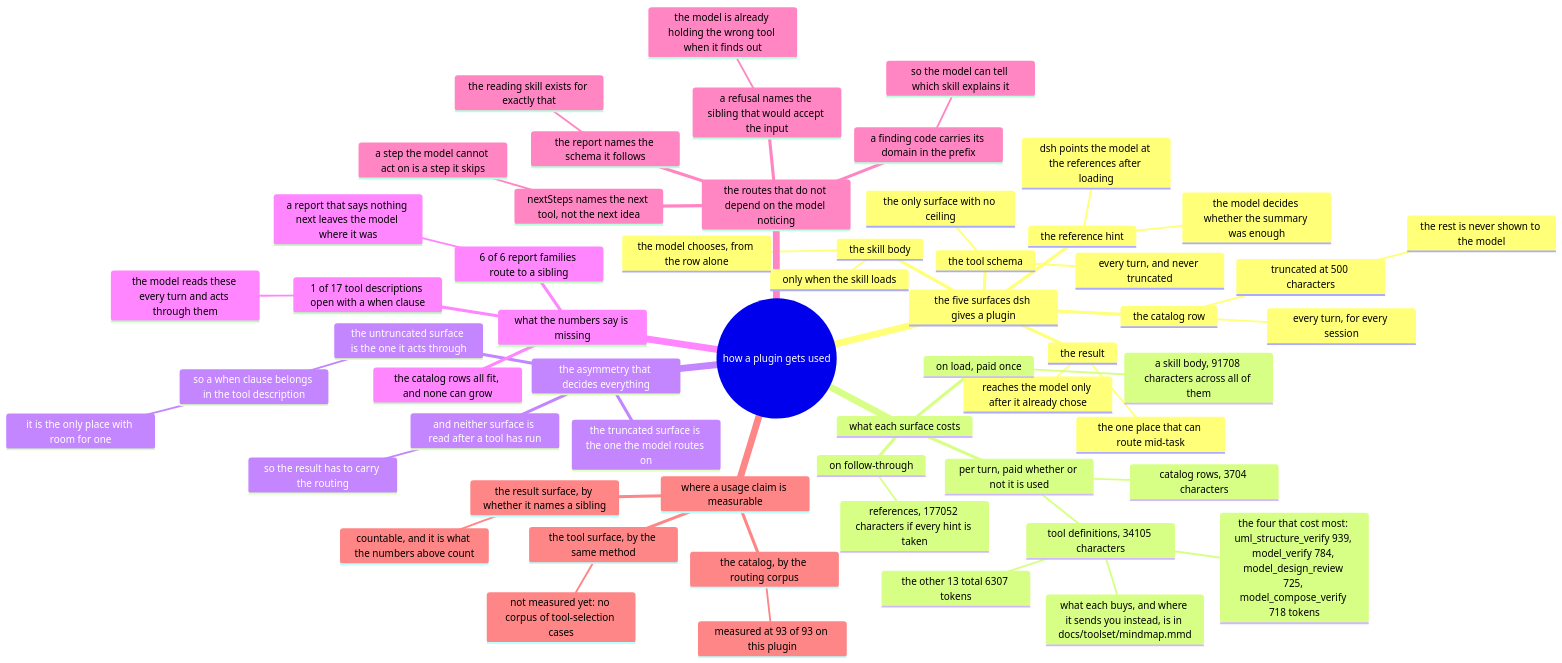
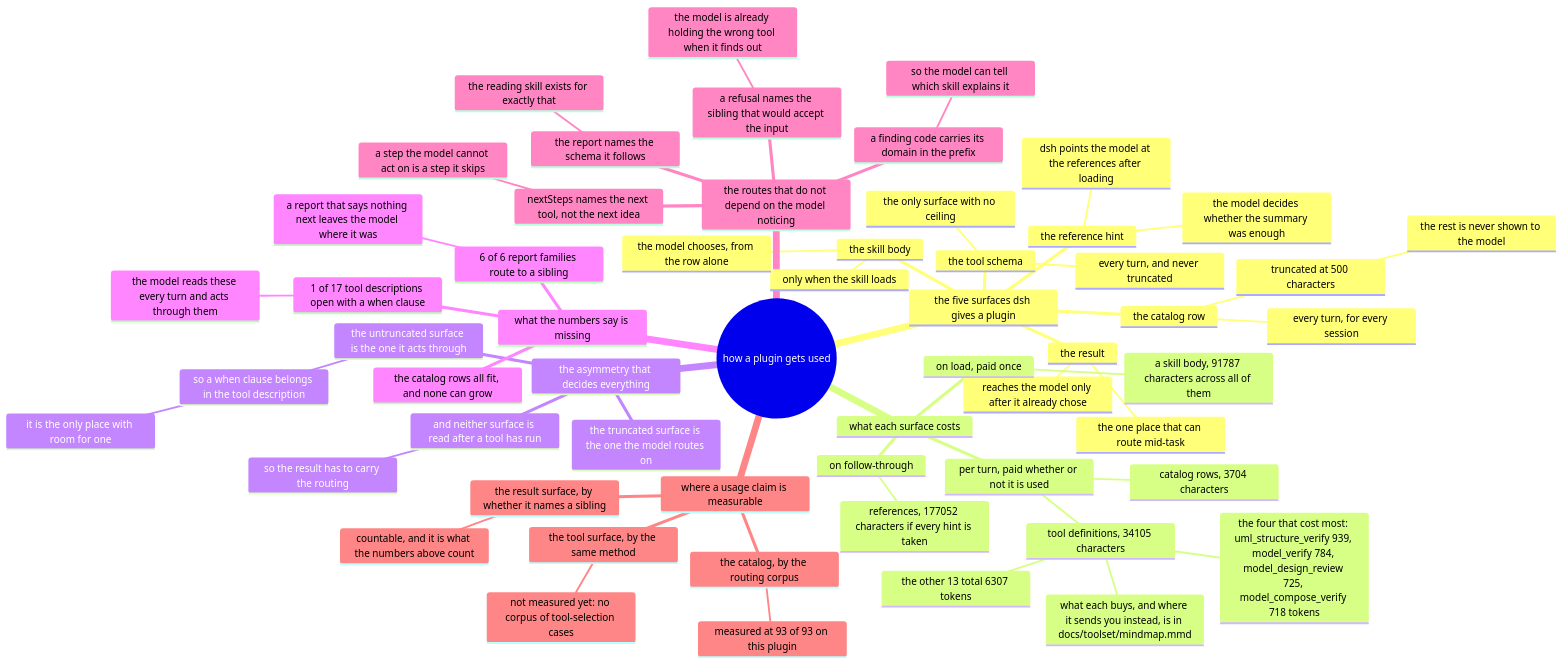
The diagram in docs/usage/mindmap.mmd (AmethystLuna/dsh-model-everything), drawn with Mermaid before and after one commit. The commit also changed 17 other files, not shown here.

```diff
--- a/docs/usage/mindmap.mmd
+++ b/docs/usage/mindmap.mmd
@@ -1,59 +1,59 @@
 mindmap
 root((how a plugin gets used))
   the five surfaces dsh gives a plugin
     the catalog row
       every turn, for every session
       truncated at 500 characters
         the rest is never shown to the model
     the skill body
       only when the skill loads
       the model chooses, from the row alone
     the reference hint
       dsh points the model at the references after loading
       the model decides whether the summary was enough
     the tool schema
       every turn, and never truncated
       the only surface with no ceiling
     the result
       reaches the model only after it already chose
       the one place that can route mid-task
   what each surface costs
     per turn, paid whether or not it is used
       catalog rows, 3704 characters
       tool definitions, 34105 characters
         the four that cost most: uml_structure_verify 939, model_verify 784, model_design_review 725, model_compose_verify 718 tokens
         the other 13 total 6307 tokens
         what each buys, and where it sends you instead, is in docs/toolset/mindmap.mmd
     on load, paid once
-      a skill body, 91708 characters across all of them
+      a skill body, 91787 characters across all of them
     on follow-through
       references, 177052 characters if every hint is taken
   the asymmetry that decides everything
     the truncated surface is the one the model routes on
     the untruncated surface is the one it acts through
       so a when clause belongs in the tool description
         it is the only place with room for one
     and neither surface is read after a tool has run
       so the result has to carry the routing
   what the numbers say is missing
     1 of 17 tool descriptions open with a when clause
       the model reads these every turn and acts through them
     6 of 6 report families route to a sibling
       a report that says nothing next leaves the model where it was
     the catalog rows all fit, and none can grow
   the routes that do not depend on the model noticing
     a refusal names the sibling that would accept the input
       the model is already holding the wrong tool when it finds out
     nextSteps names the next tool, not the next idea
       a step the model cannot act on is a step it skips
     a finding code carries its domain in the prefix
       so the model can tell which skill explains it
     the report names the schema it follows
       the reading skill exists for exactly that
   where a usage claim is measurable
     the catalog, by the routing corpus
       measured at 93 of 93 on this plugin
     the tool surface, by the same method
       not measured yet: no corpus of tool-selection cases
     the result surface, by whether it names a sibling
       countable, and it is what the numbers above count
```
